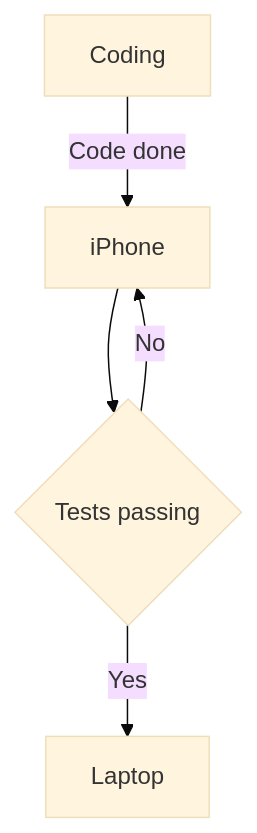
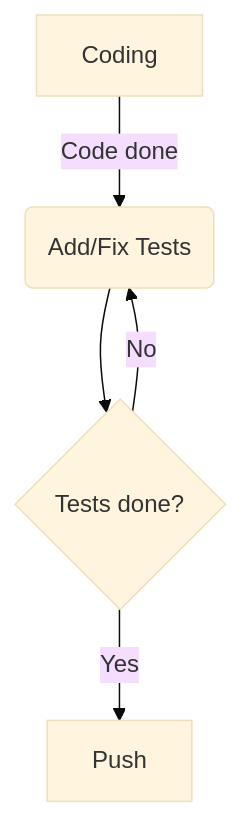
The first of 3 diagrams in README.md (KevinHubert-Dev/MermaidJS-Demo), drawn with Mermaid (base theme) before and after one commit. The commit also changed other lines of this file and 1 other file, not shown here.

Commit message:
Finished my onboarding with Mermaid - added result

````diff
--- a/README.md
+++ b/README.md
@@ -32,7 +32,7 @@
 ```mermaid
 graph TD;
-  A[Coding] -->|Code done| B(Run tests)
-  B --> C{Tests passing}
-  C -->|Yes| E[Laptop]
-  C -->|No| B[iPhone]
+  A[Coding] -->|Code done| B(Add/Fix Tests)
+  B --> C{Tests done?}
+  C -->|Yes| E[Push]
+  C -->|No| B
 ```
````
